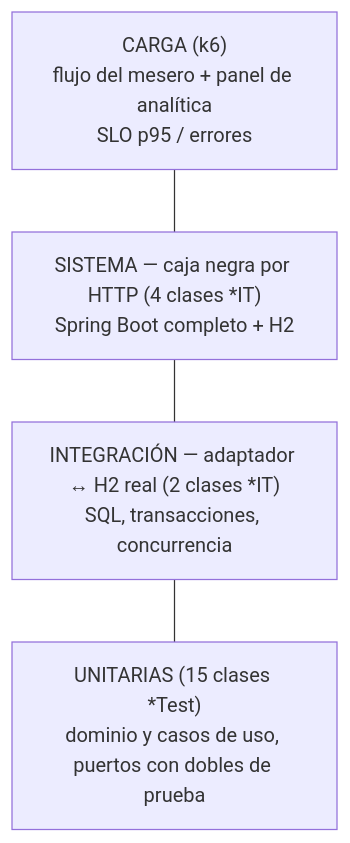
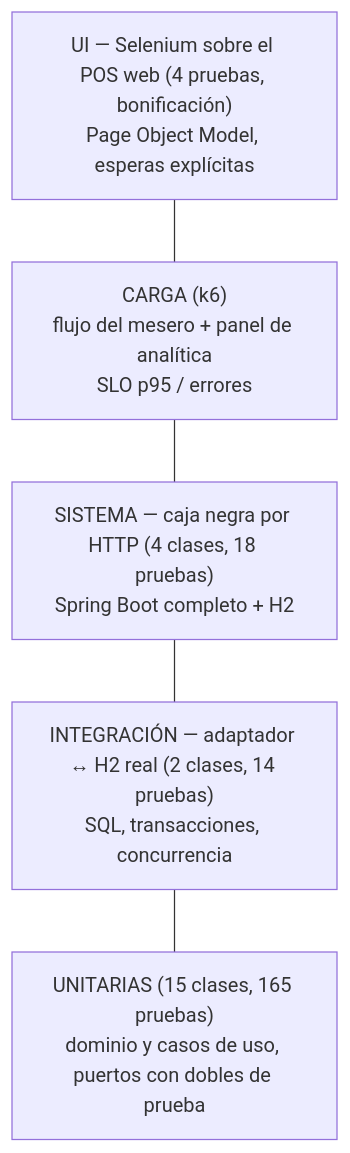
The diagram in docs/pruebas.md (federicovaldez14/Orderflow_Analytics), drawn with Mermaid before and after one commit. The commit also changed other lines of this file and 77 other files, not shown here.

First line of the commit message:
Entrega Corte 2: documentación completa, pruebas de UI, evaluación de UX y carga antes/después

````diff
--- a/docs/pruebas.md
+++ b/docs/pruebas.md
@@ -19,8 +21,9 @@
 ```mermaid
 flowchart TB
+    ui["UI — Selenium sobre el POS web (4 pruebas, bonificación)<br/>Page Object Model, esperas explícitas"]
     carga["CARGA (k6)<br/>flujo del mesero + panel de analítica<br/>SLO p95 / errores"]
-    sistema["SISTEMA — caja negra por HTTP (4 clases *IT)<br/>Spring Boot completo + H2"]
-    integ["INTEGRACIÓN — adaptador ↔ H2 real (2 clases *IT)<br/>SQL, transacciones, concurrencia"]
-    unit["UNITARIAS (15 clases *Test)<br/>dominio y casos de uso, puertos con dobles de prueba"]
-    carga --- sistema --- integ --- unit
+    sistema["SISTEMA — caja negra por HTTP (4 clases, 18 pruebas)<br/>Spring Boot completo + H2"]
+    integ["INTEGRACIÓN — adaptador ↔ H2 real (2 clases, 14 pruebas)<br/>SQL, transacciones, concurrencia"]
+    unit["UNITARIAS (15 clases, 165 pruebas)<br/>dominio y casos de uso, puertos con dobles de prueba"]
+    ui --- carga --- sistema --- integ --- unit
 ```
````
